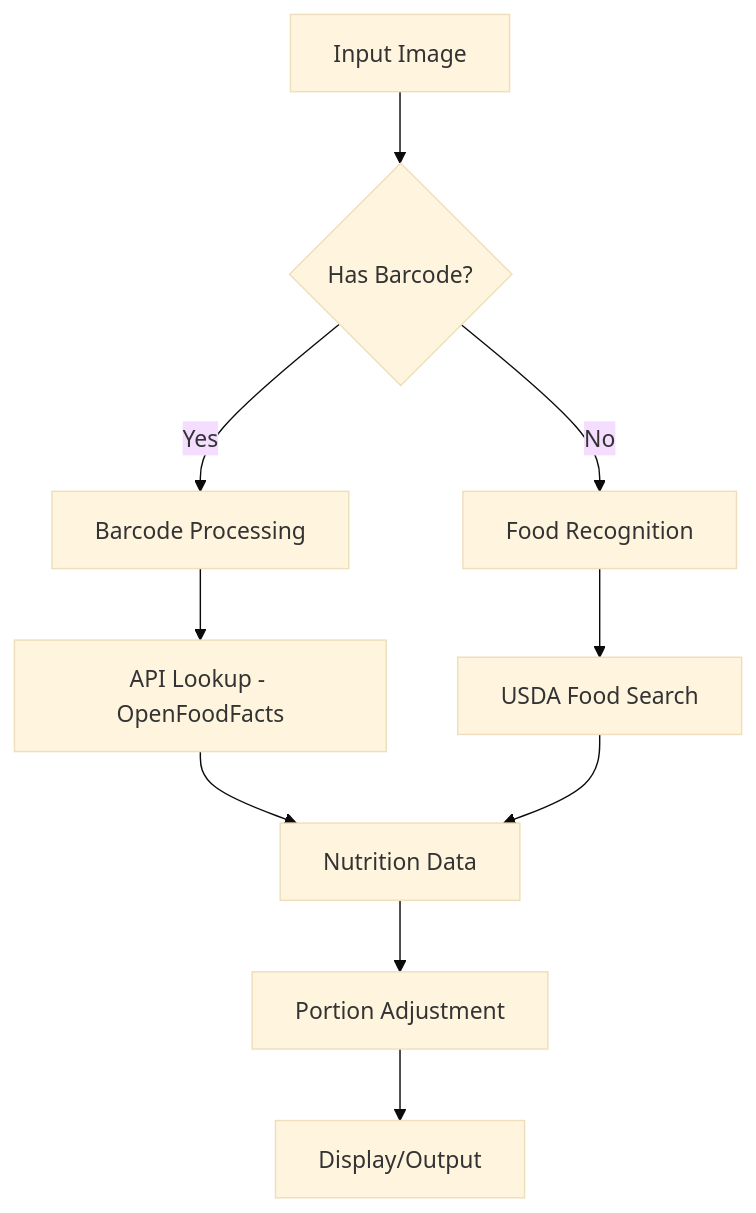
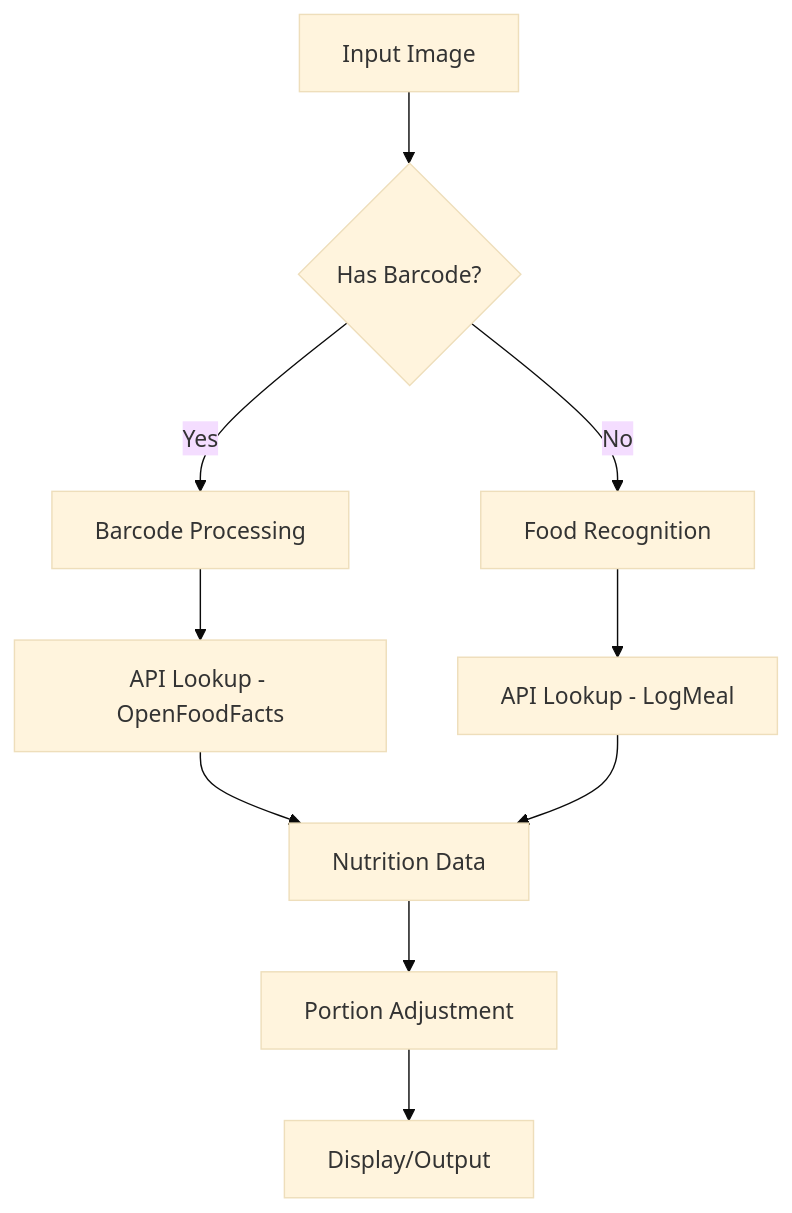
Before and after one commit to RuleOfNight/Calories-Scan: the diagram in README.md, drawn with Mermaid (base theme). The commit also changed other lines of this file and 2 other files, not shown here.

````diff
--- a/README.md
+++ b/README.md
@@ -25,12 +25,12 @@
 ```mermaid
 graph TD
     A[Input Image] --> B{Has Barcode?}
     B -->|Yes| C[Barcode Processing]
     B -->|No| D[Food Recognition]
     C --> E[API Lookup - OpenFoodFacts]
-    D --> F[USDA Food Search]
+    D --> F[API Lookup - LogMeal]
     E --> G[Nutrition Data]
     F --> G
     G --> H[Portion Adjustment]
     H --> I[Display/Output]
 ```
````
